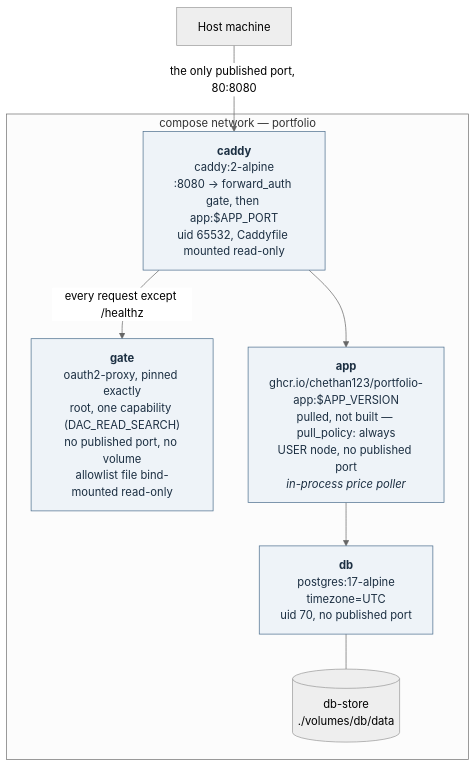
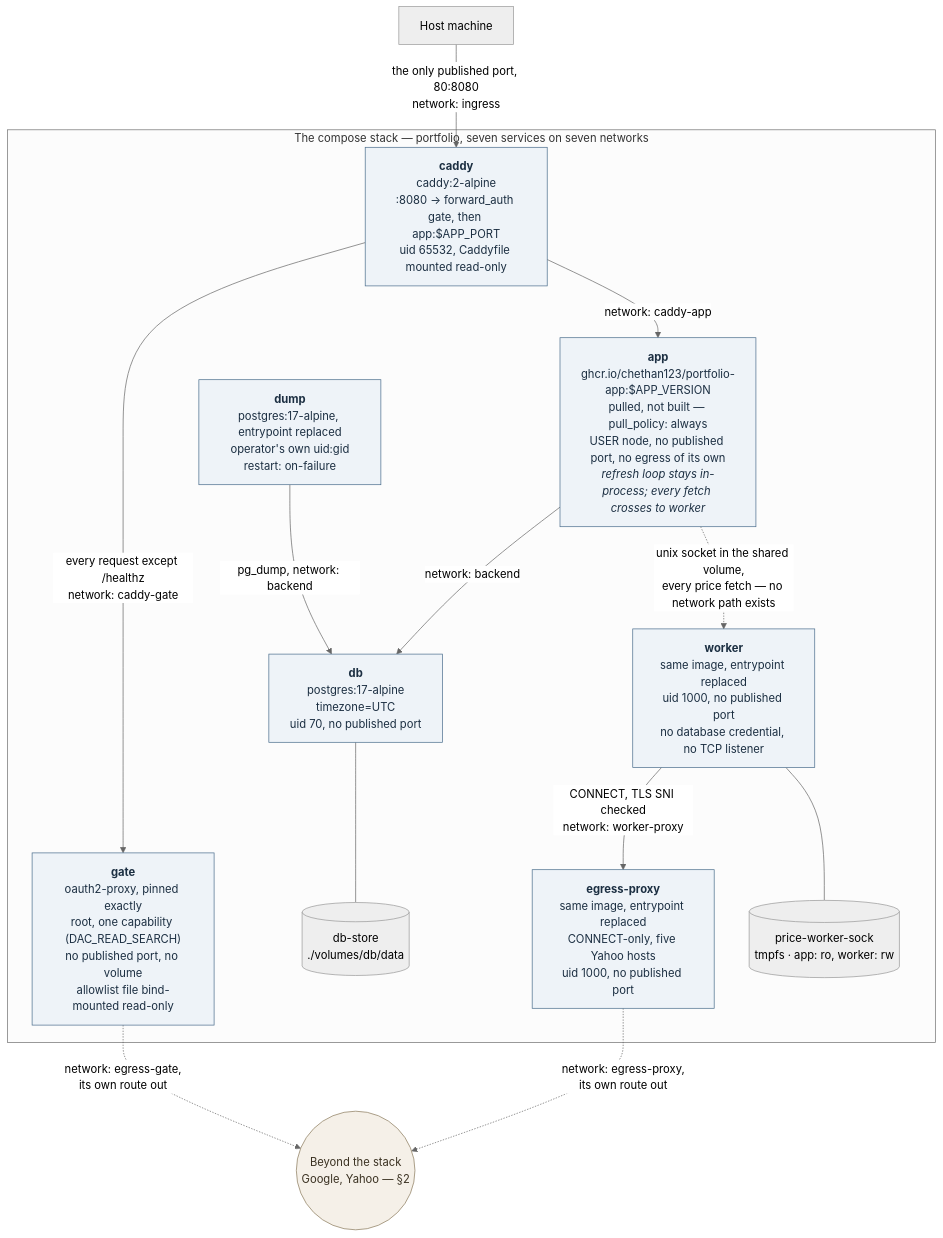
Before and after one commit to chethan123/portfolio: the second of 11 diagrams in ARCHITECTURE.md, drawn with Mermaid (neutral theme). The commit also changed other lines of this file and 11 other files, not shown here.

First line of the commit message:
[price worker] Bring every document level with the seven services that shipped (#263)

````diff
--- a/ARCHITECTURE.md
+++ b/ARCHITECTURE.md
@@ -138,21 +149,34 @@
 ```mermaid
 graph TB
     host["Host machine"]
+    outside(("Beyond the stack<br/>Google, Yahoo — §2"))
 
-    subgraph compose["compose network — portfolio"]
+    subgraph compose["The compose stack — portfolio, seven services on seven networks"]
         caddy["<b>caddy</b><br/>caddy:2-alpine<br/>:8080 → forward_auth gate, then app:$APP_PORT<br/>uid 65532, Caddyfile mounted read-only"]
         gate["<b>gate</b><br/>oauth2-proxy, pinned exactly<br/>root, one capability (DAC_READ_SEARCH)<br/>no published port, no volume<br/>allowlist file bind-mounted read-only"]
-        app["<b>app</b><br/>ghcr.io/chethan123/portfolio-app:$APP_VERSION<br/>pulled, not built — pull_policy: always<br/>USER node, no published port<br/><i>in-process price poller</i>"]
+        app["<b>app</b><br/>ghcr.io/chethan123/portfolio-app:$APP_VERSION<br/>pulled, not built — pull_policy: always<br/>USER node, no published port, no egress of its own<br/><i>refresh loop stays in-process; every fetch crosses to worker</i>"]
+        worker["<b>worker</b><br/>same image, entrypoint replaced<br/>uid 1000, no published port<br/>no database credential, no TCP listener"]
+        proxy["<b>egress-proxy</b><br/>same image, entrypoint replaced<br/>CONNECT-only, five Yahoo hosts<br/>uid 1000, no published port"]
         db["<b>db</b><br/>postgres:17-alpine<br/>timezone=UTC<br/>uid 70, no published port"]
-        vol[("db-store<br/>./volumes/db/data")]
+        dump["<b>dump</b><br/>postgres:17-alpine, entrypoint replaced<br/>operator's own uid:gid<br/>restart: on-failure"]
+        vol1[("db-store<br/>./volumes/db/data")]
+        vol2[("price-worker-sock<br/>tmpfs · app: ro, worker: rw")]
     end
 
-    host -->|"the only published port, 80:8080"| caddy
-    caddy -->|"every request except /healthz"| gate
-    caddy --> app
-    app --> db
-    db --- vol
+    host -->|"the only published port, 80:8080<br/>network: ingress"| caddy
+    caddy -->|"every request except /healthz<br/>network: caddy-gate"| gate
+    caddy -->|"network: caddy-app"| app
+    app -->|"network: backend"| db
+    dump -->|"pg_dump, network: backend"| db
+    app -.->|"unix socket in the shared volume,<br/>every price fetch — no network path exists"| worker
+    worker -->|"CONNECT, TLS SNI checked<br/>network: worker-proxy"| proxy
+    gate -.->|"network: egress-gate,<br/>its own route out"| outside
+    proxy -.->|"network: egress-proxy,<br/>its own route out"| outside
+    db --- vol1
+    worker --- vol2
 
     classDef svc fill:#eef3f8,stroke:#4a6d8c,color:#1c2f42
-    class caddy,gate,app,db svc
+    classDef ext fill:#f5f0e8,stroke:#8a7a5c,color:#3b3222
+    class caddy,gate,app,db,worker,proxy,dump svc
+    class outside ext
 ```
````
